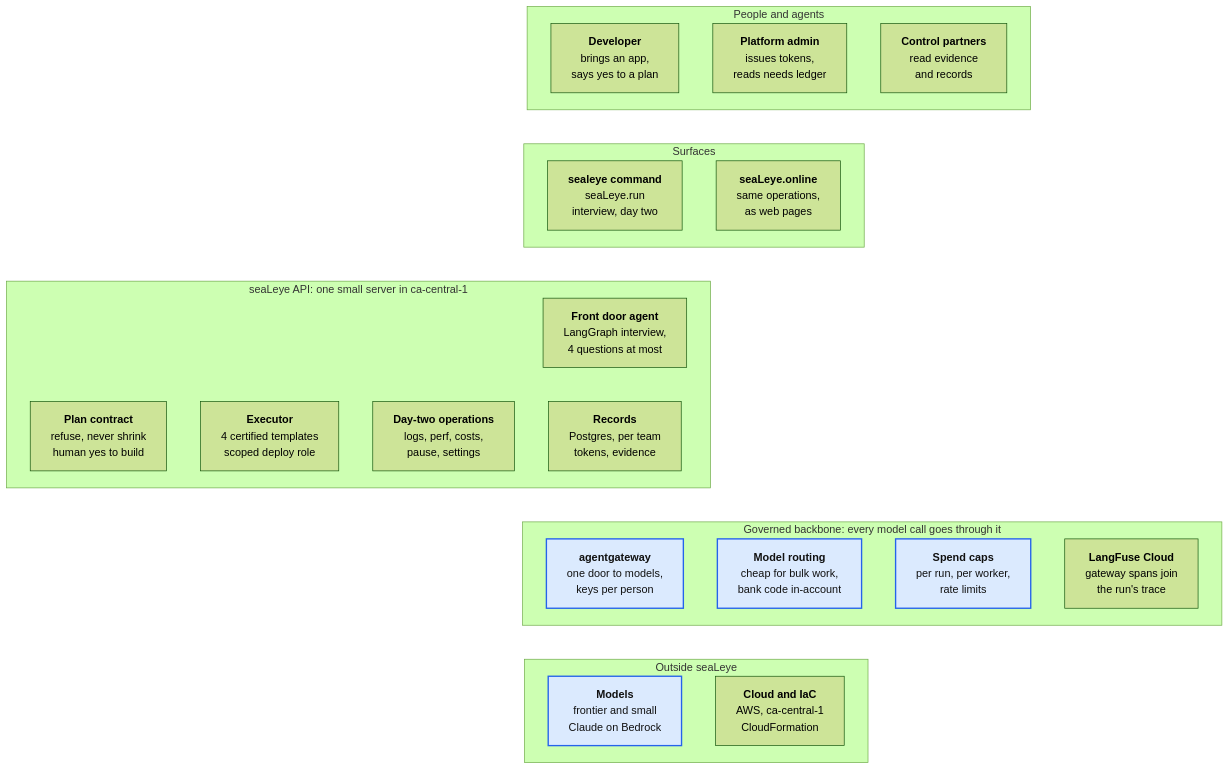
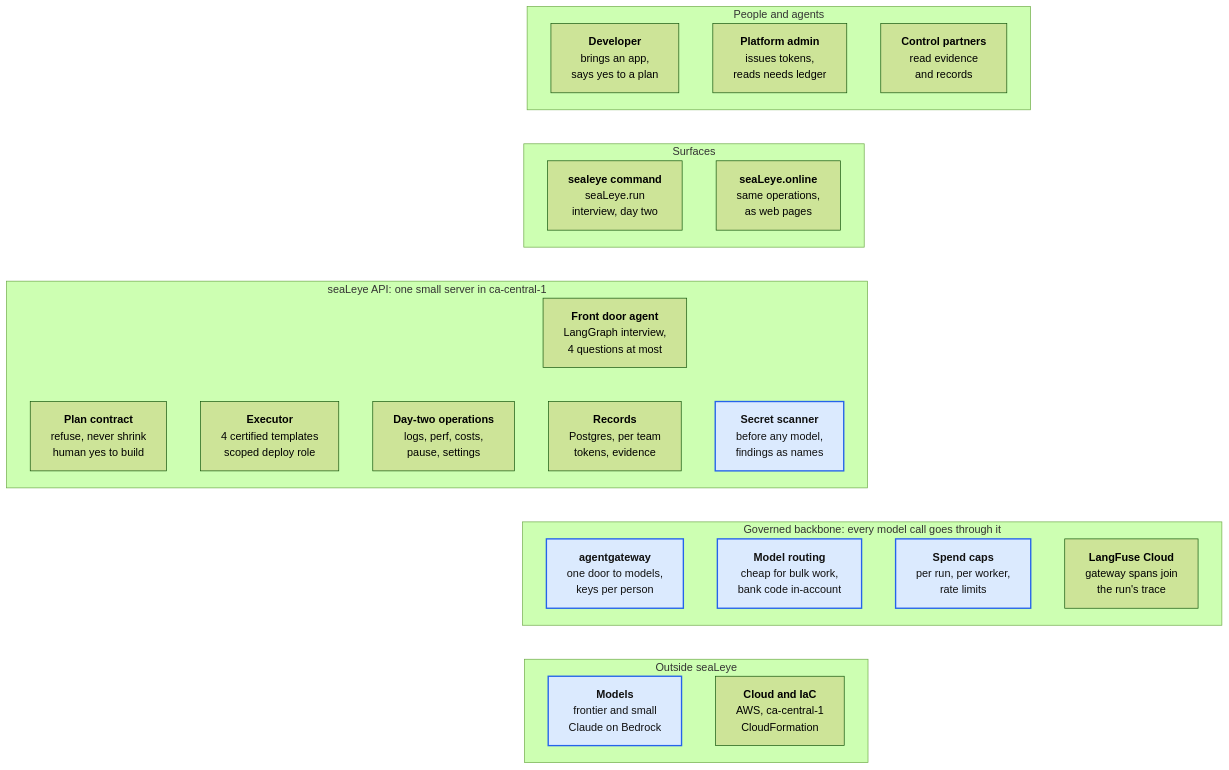
One commit to GregKliewer/sealeye changed the third of 11 diagrams in docs/BUILD-OUT.md. Above: the diagram before and after it, drawn with Mermaid (forest theme). The commit also changed other lines of this file and 4 other files, not shown here.

First line of the commit message:
Bring the secret scanner forward to Phase 3 (answers Q6)

````diff
--- a/docs/BUILD-OUT.md
+++ b/docs/BUILD-OUT.md
@@ -83,36 +83,37 @@
 ```mermaid
 flowchart TB
   subgraph people["People and agents"]
     dev["<b>Developer</b><br/>brings an app,<br/>says yes to a plan"]
     admin["<b>Platform admin</b><br/>issues tokens,<br/>reads needs ledger"]
     control["<b>Control partners</b><br/>read evidence<br/>and records"]
   end
   subgraph surfaces["Surfaces"]
     cli["<b>sealeye command</b><br/>seaLeye.run<br/>interview, day two"]
     portal["<b>seaLeye.online</b><br/>same operations,<br/>as web pages"]
   end
   dev ~~~ cli
   subgraph api["seaLeye API: one small server in ca-central-1"]
     frontdoor["<b>Front door agent</b><br/>LangGraph interview,<br/>4 questions at most"]
     contract["<b>Plan contract</b><br/>refuse, never shrink<br/>human yes to build"]
     executor["<b>Executor</b><br/>4 certified templates<br/>scoped deploy role"]
     daytwo["<b>Day-two operations</b><br/>logs, perf, costs,<br/>pause, settings"]
     records["<b>Records</b><br/>Postgres, per team<br/>tokens, evidence"]
+    scanner["<b>Secret scanner</b><br/>before any model,<br/>findings as names"]
   end
   frontdoor ~~~ records
   cli ~~~ frontdoor
   subgraph backbone["Governed backbone: every model call goes through it"]
     gateway["<b>agentgateway</b><br/>one door to models,<br/>keys per person"]
     routing["<b>Model routing</b><br/>cheap for bulk work,<br/>bank code in-account"]
     caps["<b>Spend caps</b><br/>per run, per worker,<br/>rate limits"]
     langfuse["<b>LangFuse Cloud</b><br/>gateway spans join<br/>the run's trace"]
   end
   records ~~~ gateway
   subgraph outside["Outside seaLeye"]
     models["<b>Models</b><br/>frontier and small<br/>Claude on Bedrock"]
     cloud["<b>Cloud and IaC</b><br/>AWS, ca-central-1<br/>CloudFormation"]
   end
   gateway ~~~ models
   classDef new fill:#dbeafe,stroke:#2563eb,stroke-width:2px,color:#111
-  class caps,gateway,models,routing new
+  class caps,gateway,models,routing,scanner new
 ```
````
